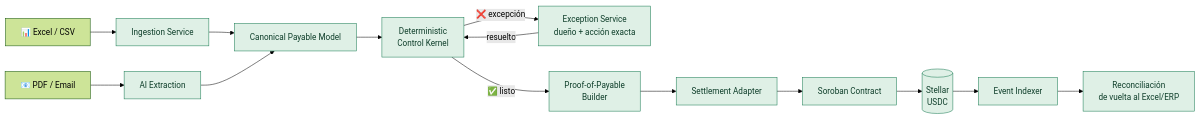
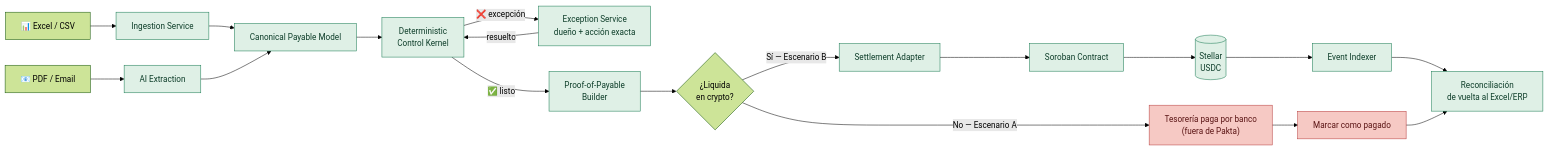
One commit to devmondoss/pakta changed the second of 8 diagrams in docs/implementation/Pakta_Arquitectura_Flujo.md. Above: the diagram before and after it, drawn with Mermaid (forest theme). The commit also changed other lines of this file, not shown here.

First line of the commit message:
Redraw hub diagrams to show the crypto/no-crypto fork, not just a text pointer

````diff
--- a/docs/implementation/Pakta_Arquitectura_Flujo.md
+++ b/docs/implementation/Pakta_Arquitectura_Flujo.md
@@ -76,19 +76,29 @@
 ```mermaid
 flowchart LR
     A1["📊 Excel / CSV"] --> ING["Ingestion Service"]
     A2["📧 PDF / Email"] --> AI["AI Extraction"]
     ING --> CPM["Canonical Payable Model"]
     AI --> CPM
     CPM --> KER["Deterministic<br/>Control Kernel"]
     KER -->|"❌ excepción"| EXC["Exception Service<br/>dueño + acción exacta"]
     EXC -->|"resuelto"| KER
     KER -->|"✅ listo"| PRF["Proof-of-Payable<br/>Builder"]
-    PRF --> SET["Settlement Adapter"]
+    PRF --> FORK{"¿Liquida<br/>en crypto?"}
+
+    FORK -->|"Sí — Escenario B"| SET["Settlement Adapter"]
     SET --> SC["Soroban Contract"]
     SC --> STL[("Stellar<br/>USDC")]
     STL --> IDX["Event Indexer"]
+
+    FORK -->|"No — Escenario A"| PAY["Tesorería paga por banco<br/>(fuera de Pakta)"]
+    PAY --> MARK["Marcar como pagado"]
+
     IDX --> REC["Reconciliación<br/>de vuelta al Excel/ERP"]
+    MARK --> REC
 
     classDef good fill:#dff0e6,stroke:#177a51,color:#0d3d29
-    class ING,AI,CPM,KER,EXC,PRF,SET,SC,STL,IDX,REC good
+    classDef manual fill:#f6c9c4,stroke:#b73b3b,color:#5a1414
+    class ING,AI,CPM,KER,EXC,PRF,REC good
+    class SET,SC,STL,IDX good
+    class PAY,MARK manual
 ```
````
